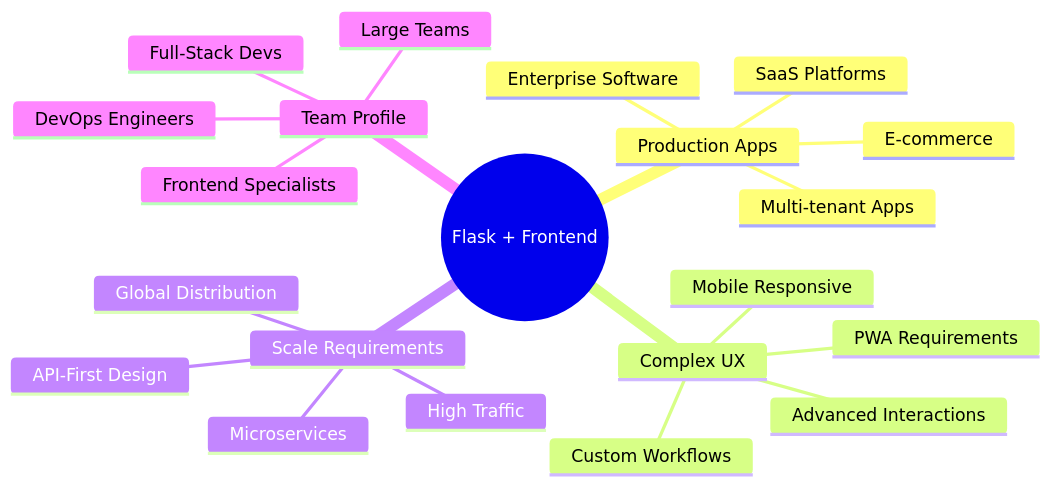
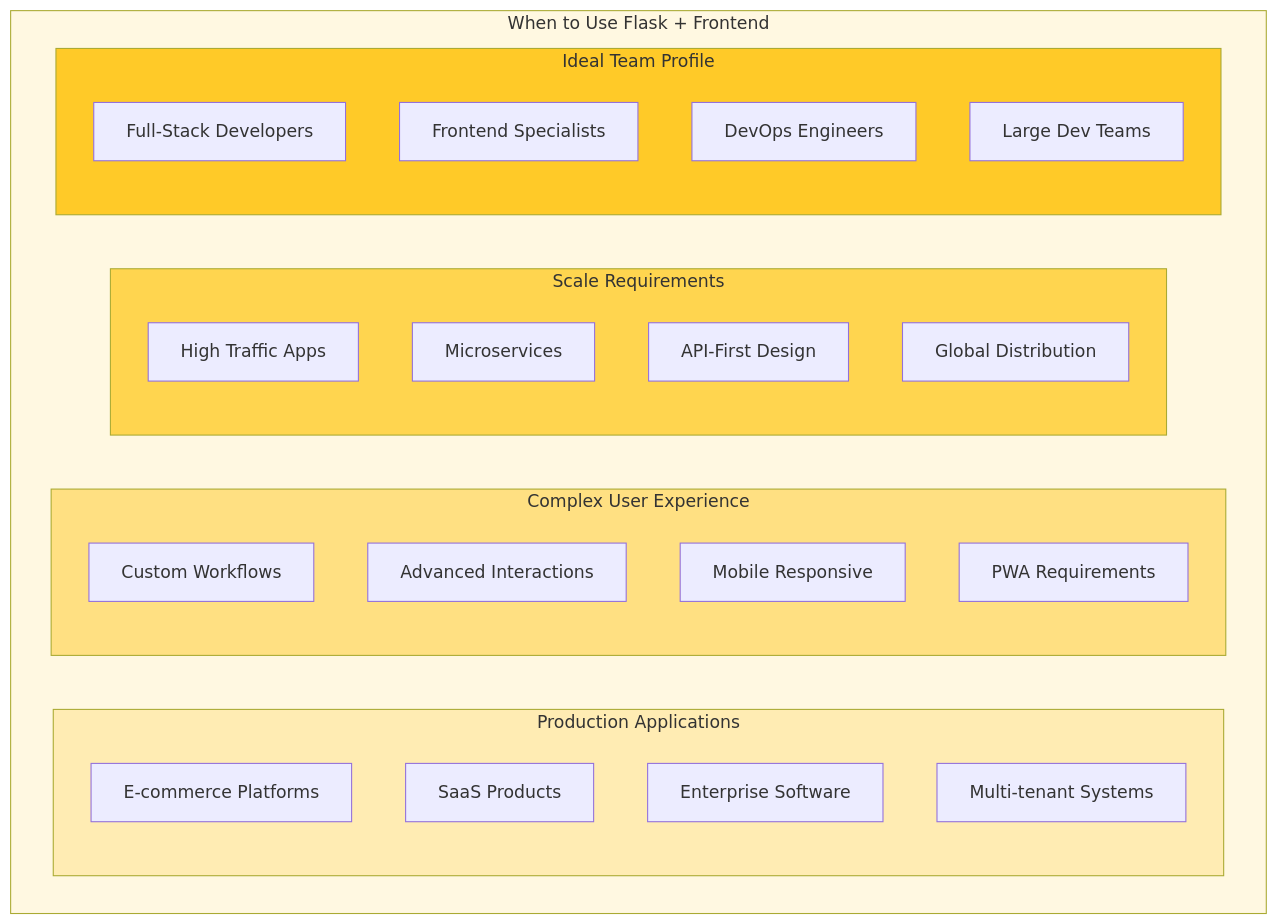
One commit to buerbaumer/streamlit_MOL changed the sixth of 21 diagrams in streamlit_vs_flask.md. Above: the diagram before and after it, drawn with Mermaid. The commit also changed other lines of this file, not shown here.

Commit message:
Update mindmap diagrams for Streamlit and Flask

````diff
--- a/streamlit_vs_flask.md
+++ b/streamlit_vs_flask.md
@@ -206,24 +220,38 @@
 ```mermaid
-mindmap
-    root((Flask + Frontend))
-        Production Apps
-            E-commerce
-            SaaS Platforms
-            Enterprise Software
-            Multi-tenant Apps
-        Complex UX
-            Custom Workflows
-            Advanced Interactions
-            Mobile Responsive
-            PWA Requirements
-        Scale Requirements
-            High Traffic
-            Microservices
-            API-First Design
-            Global Distribution
-        Team Profile
-            Full-Stack Devs
-            Frontend Specialists
-            DevOps Engineers
-            Large Teams
+graph TD
+    subgraph FlaskUseCases[When to Use Flask + Frontend]
+        subgraph ProductionApps[Production Applications]
+            PA1[E-commerce Platforms]
+            PA2[SaaS Products]
+            PA3[Enterprise Software]
+            PA4[Multi-tenant Systems]
+        end
+
+        subgraph ComplexUX[Complex User Experience]
+            UX1[Custom Workflows]
+            UX2[Advanced Interactions]
+            UX3[Mobile Responsive]
+            UX4[PWA Requirements]
+        end
+
+        subgraph ScaleReq[Scale Requirements]
+            SC1[High Traffic Apps]
+            SC2[Microservices]
+            SC3[API-First Design]
+            SC4[Global Distribution]
+        end
+
+        subgraph TeamProfile2[Ideal Team Profile]
+            TP5[Full-Stack Developers]
+            TP6[Frontend Specialists]
+            TP7[DevOps Engineers]
+            TP8[Large Dev Teams]
+        end
+    end
+
+    style FlaskUseCases fill:#fff8e1
+    style ProductionApps fill:#ffecb3
+    style ComplexUX fill:#ffe082
+    style ScaleReq fill:#ffd54f
+    style TeamProfile2 fill:#ffca28
 ```
````
